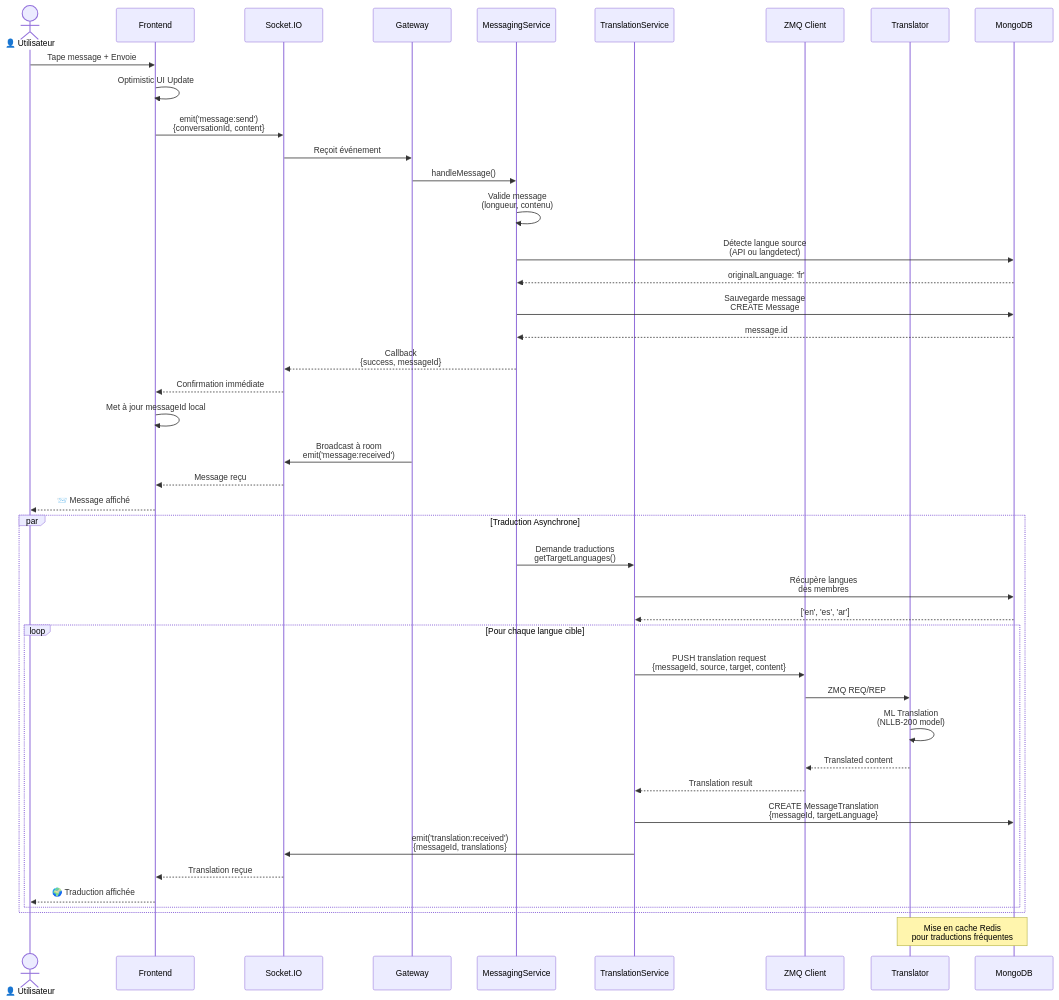
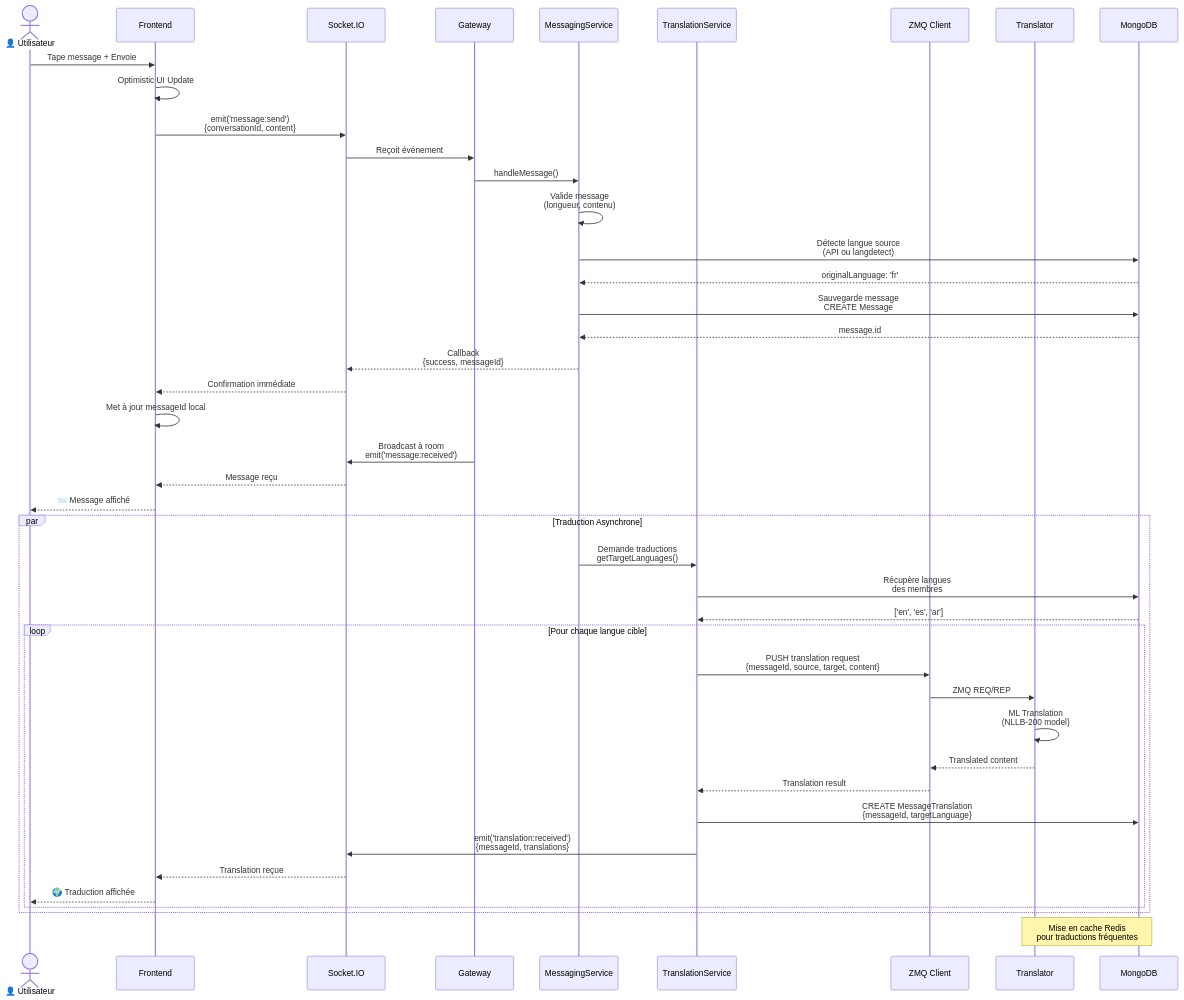
Before and after one commit to isopen-io/meeshy: the fifth of 17 diagrams in apps/docs/architecture-diagrams.md, drawn with Mermaid. The commit also changed other lines of this file and 2 other files, not shown here.

First line of the commit message:
feat(web): show user profile in DM settings drawer + fix mermaid syntax

````diff
--- a/apps/docs/architecture-diagrams.md
+++ b/apps/docs/architecture-diagrams.md
@@ -381,58 +381,58 @@
 ```mermaid
 sequenceDiagram
     actor User as 👤 Utilisateur
     participant FE as Frontend
     participant Socket as Socket.IO
     participant GW as Gateway
     participant MS as MessagingService
     participant TS as TranslationService
     participant ZMQ as ZMQ Client
     participant Trans as Translator
     participant DB as MongoDB
 
     User->>FE: Tape message + Envoie
     FE->>FE: Optimistic UI Update
 
-    FE->>Socket: emit('message:send')<br/>{conversationId, content}
+    FE->>Socket: emit('message:send')<br/>#123;conversationId, content#125;
 
     Socket->>GW: Reçoit événement
     GW->>MS: handleMessage()
 
     MS->>MS: Valide message<br/>(longueur, contenu)
 
     MS->>DB: Détecte langue source<br/>(API ou langdetect)
     DB-->>MS: originalLanguage: 'fr'
 
     MS->>DB: Sauvegarde message<br/>CREATE Message
     DB-->>MS: message.id
 
-    MS-->>Socket: Callback<br/>{success, messageId}
+    MS-->>Socket: Callback<br/>#123;success, messageId#125;
     Socket-->>FE: Confirmation immédiate
     FE->>FE: Met à jour messageId local
 
     GW->>Socket: Broadcast à room<br/>emit('message:received')
     Socket-->>FE: Message reçu
     FE-->>User: 📨 Message affiché
 
     par Traduction Asynchrone
         MS->>TS: Demande traductions<br/>getTargetLanguages()
         TS->>DB: Récupère langues<br/>des membres
         DB-->>TS: ['en', 'es', 'ar']
 
         loop Pour chaque langue cible
-            TS->>ZMQ: PUSH translation request<br/>{messageId, source, target, content}
+            TS->>ZMQ: PUSH translation request<br/>#123;messageId, source, target, content#125;
             ZMQ->>Trans: ZMQ REQ/REP
             Trans->>Trans: ML Translation<br/>(NLLB-200 model)
             Trans-->>ZMQ: Translated content
             ZMQ-->>TS: Translation result
 
-            TS->>DB: CREATE MessageTranslation<br/>{messageId, targetLanguage}
+            TS->>DB: CREATE MessageTranslation<br/>#123;messageId, targetLanguage#125;
 
-            TS->>Socket: emit('translation:received')<br/>{messageId, translations}
+            TS->>Socket: emit('translation:received')<br/>#123;messageId, translations#125;
             Socket-->>FE: Translation reçue
             FE-->>User: 🌍 Traduction affichée
         end
     end
 
     Note over Trans,DB: Mise en cache Redis<br/>pour traductions fréquentes
 ```
````
